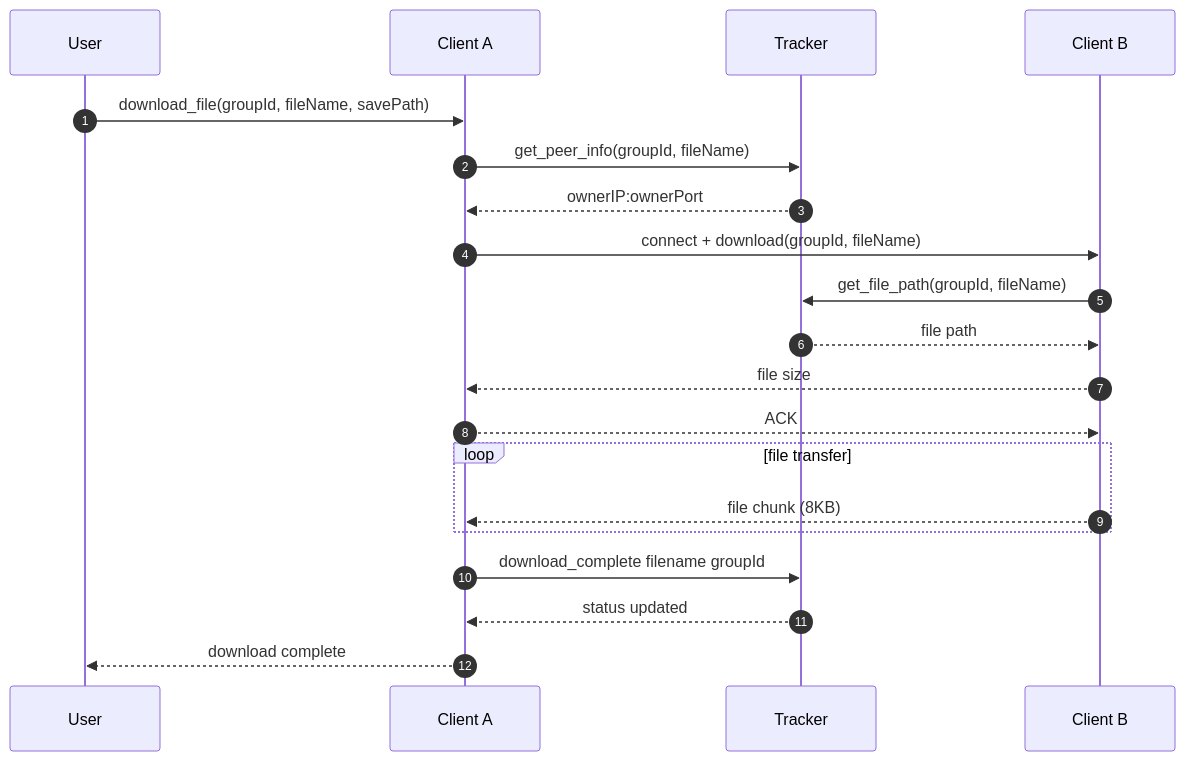
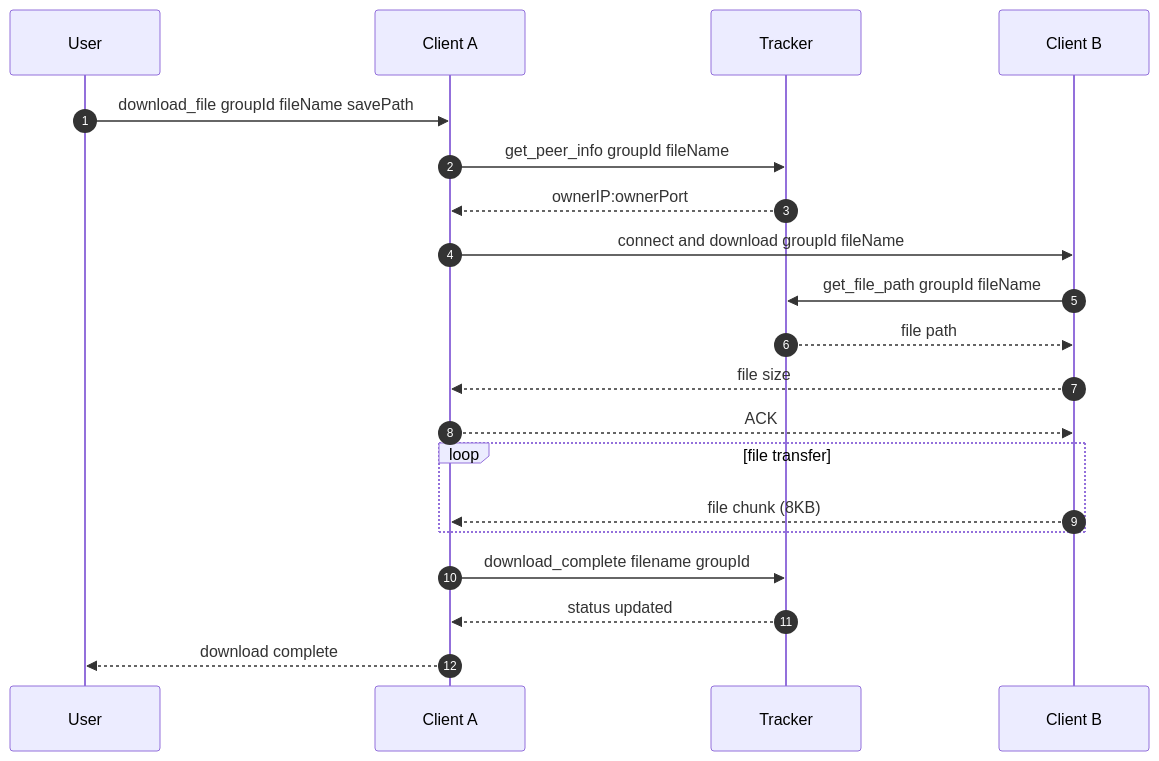
Before and after one commit to gitXsingh/Hybrid-Peer-to-Peer-File-Sharing-System: the second of 3 diagrams in README.md, drawn with Mermaid. The commit also changed other lines of this file and 1 other file, not shown here.

Commit message:
readme fix

````diff
--- a/README.md
+++ b/README.md
@@ -74,23 +74,23 @@
 ```mermaid
 sequenceDiagram
 autonumber
 participant U as User
 participant A as Client A
 participant T as Tracker
 participant B as Client B
 
-U->>A: download_file(groupId, fileName, savePath)
-A->>T: get_peer_info(groupId, fileName)
+U->>A: download_file groupId fileName savePath
+A->>T: get_peer_info groupId fileName
 T-->>A: ownerIP:ownerPort
-A->>B: connect + download(groupId, fileName)
-B->>T: get_file_path(groupId, fileName)
+A->>B: connect and download groupId fileName
+B->>T: get_file_path groupId fileName
 T-->>B: file path
 B-->>A: file size
 A-->>B: ACK
 loop file transfer
   B-->>A: file chunk (8KB)
 end
 A->>T: download_complete filename groupId
 T-->>A: status updated
 A-->>U: download complete
 ```
````
